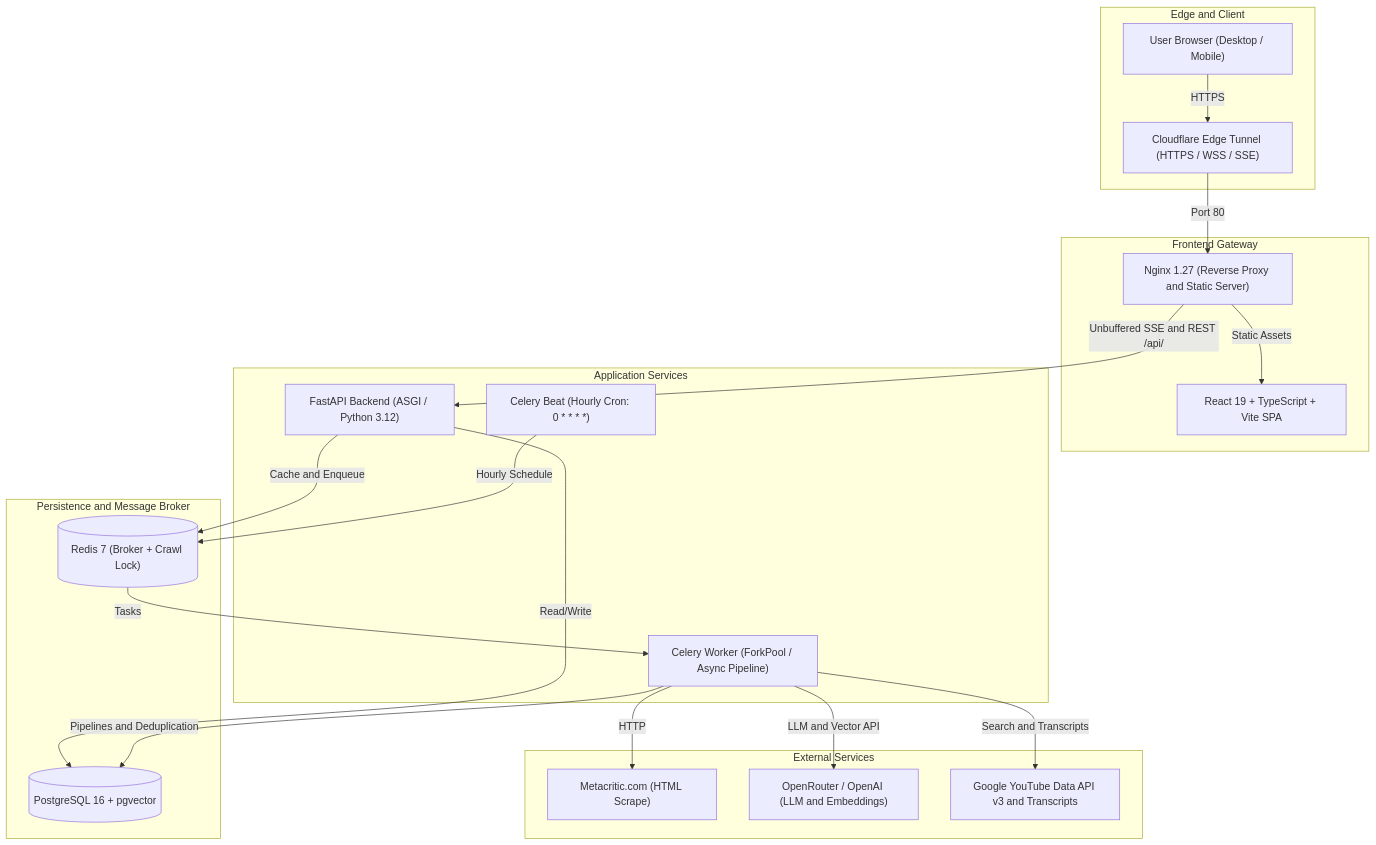
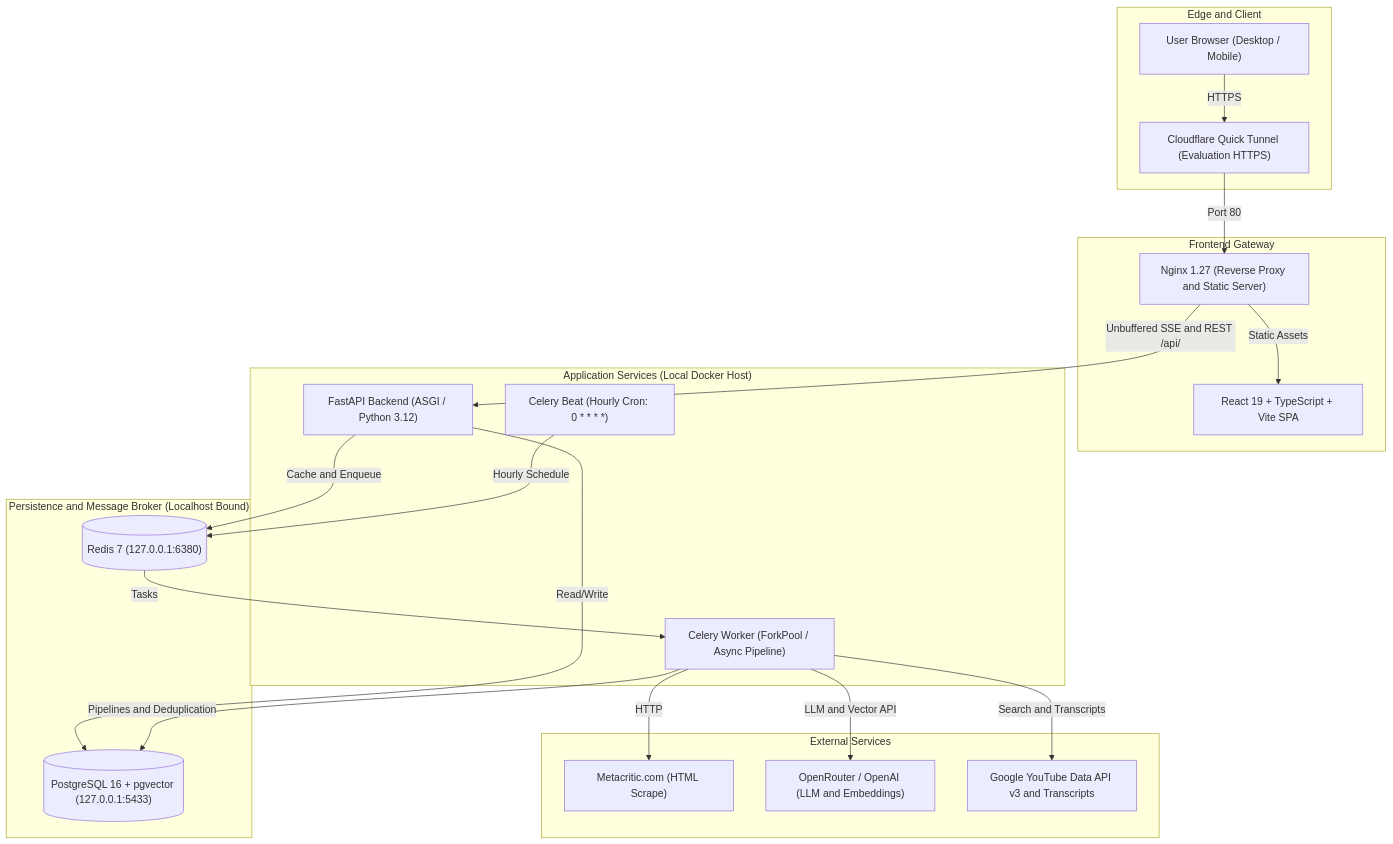
One commit to mikheooo/metacritic changed the diagram in docs/final-release-audit.md. Above: the diagram before and after it, drawn with Mermaid. The commit also changed other lines of this file and 4 other files, not shown here.

````diff
--- a/docs/final-release-audit.md
+++ b/docs/final-release-audit.md
@@ -49,42 +52,42 @@
 ```mermaid
 flowchart TD
     subgraph ClientLayer["Edge and Client"]
         Browser["User Browser (Desktop / Mobile)"]
-        CF["Cloudflare Edge Tunnel (HTTPS / WSS / SSE)"]
+        CF["Cloudflare Quick Tunnel (Evaluation HTTPS)"]
     end
 
     subgraph ReverseProxy["Frontend Gateway"]
         Nginx["Nginx 1.27 (Reverse Proxy and Static Server)"]
         ReactSPA["React 19 + TypeScript + Vite SPA"]
     end
 
-    subgraph BackendApp["Application Services"]
+    subgraph BackendApp["Application Services (Local Docker Host)"]
         FastAPI["FastAPI Backend (ASGI / Python 3.12)"]
         CeleryWorker["Celery Worker (ForkPool / Async Pipeline)"]
         CeleryBeat["Celery Beat (Hourly Cron: 0 * * * *)"]
     end
 
-    subgraph DataLayer["Persistence and Message Broker"]
-        Postgres[("PostgreSQL 16 + pgvector")]
-        Redis[("Redis 7 (Broker + Crawl Lock)")]
+    subgraph DataLayer["Persistence and Message Broker (Localhost Bound)"]
+        Postgres[("PostgreSQL 16 + pgvector (127.0.0.1:5433)")]
+        Redis[("Redis 7 (127.0.0.1:6380)")]
     end
 
     subgraph ExternalAPIs["External Services"]
         Metacritic["Metacritic.com (HTML Scrape)"]
         OpenRouter["OpenRouter / OpenAI (LLM and Embeddings)"]
         YouTube["Google YouTube Data API v3 and Transcripts"]
     end
 
     Browser -->|HTTPS| CF
     CF -->|Port 80| Nginx
     Nginx -->|Static Assets| ReactSPA
     Nginx -->|Unbuffered SSE and REST /api/| FastAPI
     FastAPI -->|Read/Write| Postgres
     FastAPI -->|Cache and Enqueue| Redis
     CeleryBeat -->|Hourly Schedule| Redis
     Redis -->|Tasks| CeleryWorker
     CeleryWorker -->|Pipelines and Deduplication| Postgres
     CeleryWorker -->|HTTP| Metacritic
     CeleryWorker -->|LLM and Vector API| OpenRouter
     CeleryWorker -->|Search and Transcripts| YouTube
 ```
````
